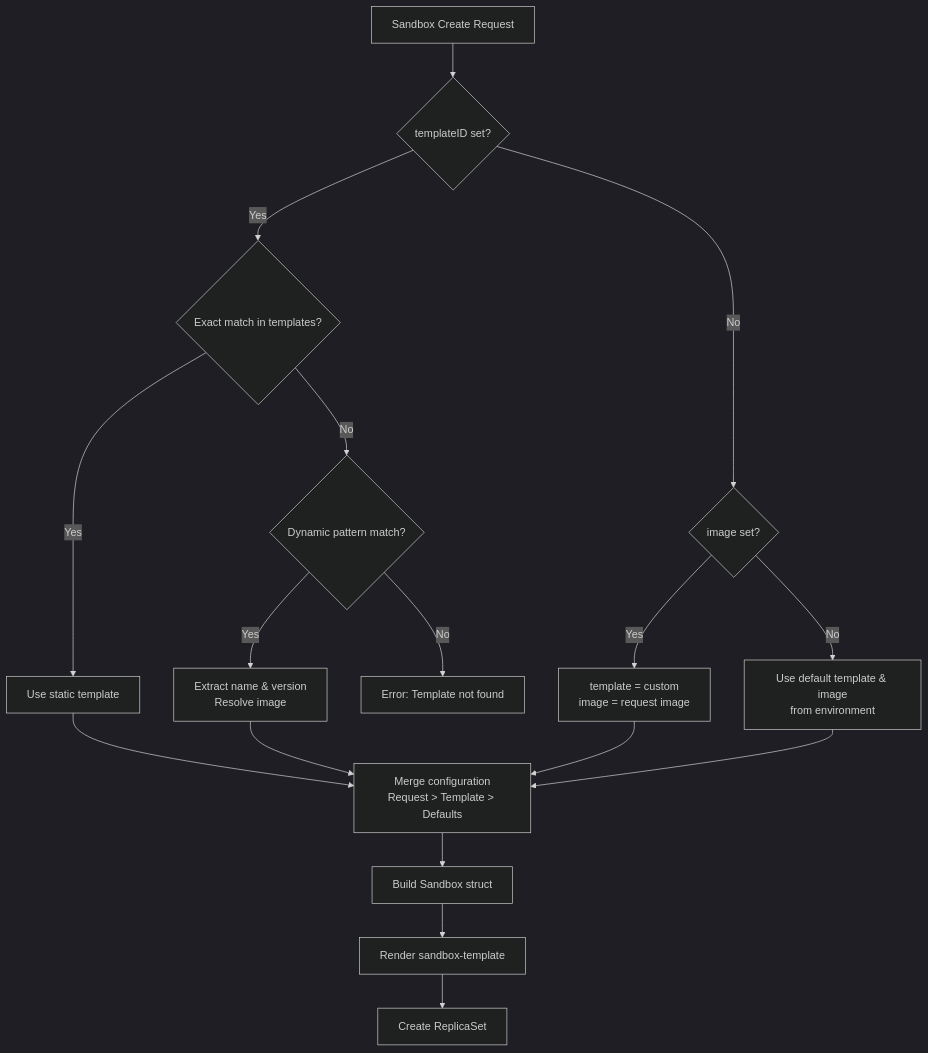
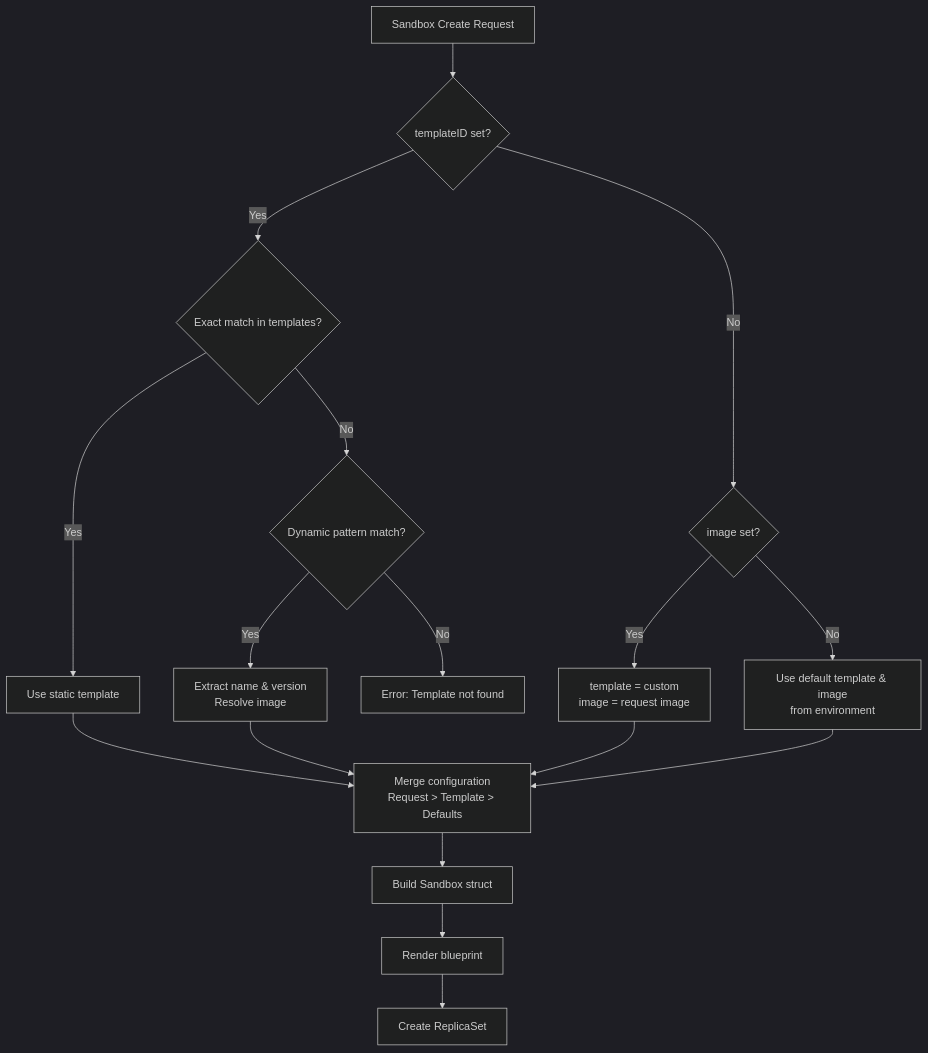
Before and after one commit to agent-sandbox/agent-sandbox.github.io: the second of 2 diagrams in docs/templates.md, drawn with Mermaid (dark theme). The commit also changed other lines of this file and 20 other files, not shown here.

````diff
--- a/docs/templates.md
+++ b/docs/templates.md
@@ -276,24 +276,24 @@
 ```mermaid
 flowchart TD
     A[Sandbox Create Request] --> B{templateID set?}
     B -->|Yes| C{Exact match in templates?}
     B -->|No| D{image set?}
     
     C -->|Yes| E[Use static template]
     C -->|No| F{Dynamic pattern match?}
     
     F -->|Yes| G[Extract name & version\nResolve image]
     F -->|No| H[Error: Template not found]
     
     D -->|Yes| I[template = custom\nimage = request image]
     D -->|No| J[Use default template & image\nfrom environment]
     
     E --> K[Merge configuration\nRequest > Template > Defaults]
     G --> K
     I --> K
     J --> K
     
     K --> L[Build Sandbox struct]
-    L --> M[Render sandbox-template]
+    L --> M[Render blueprint]
     M --> N[Create ReplicaSet]
 ```
````
